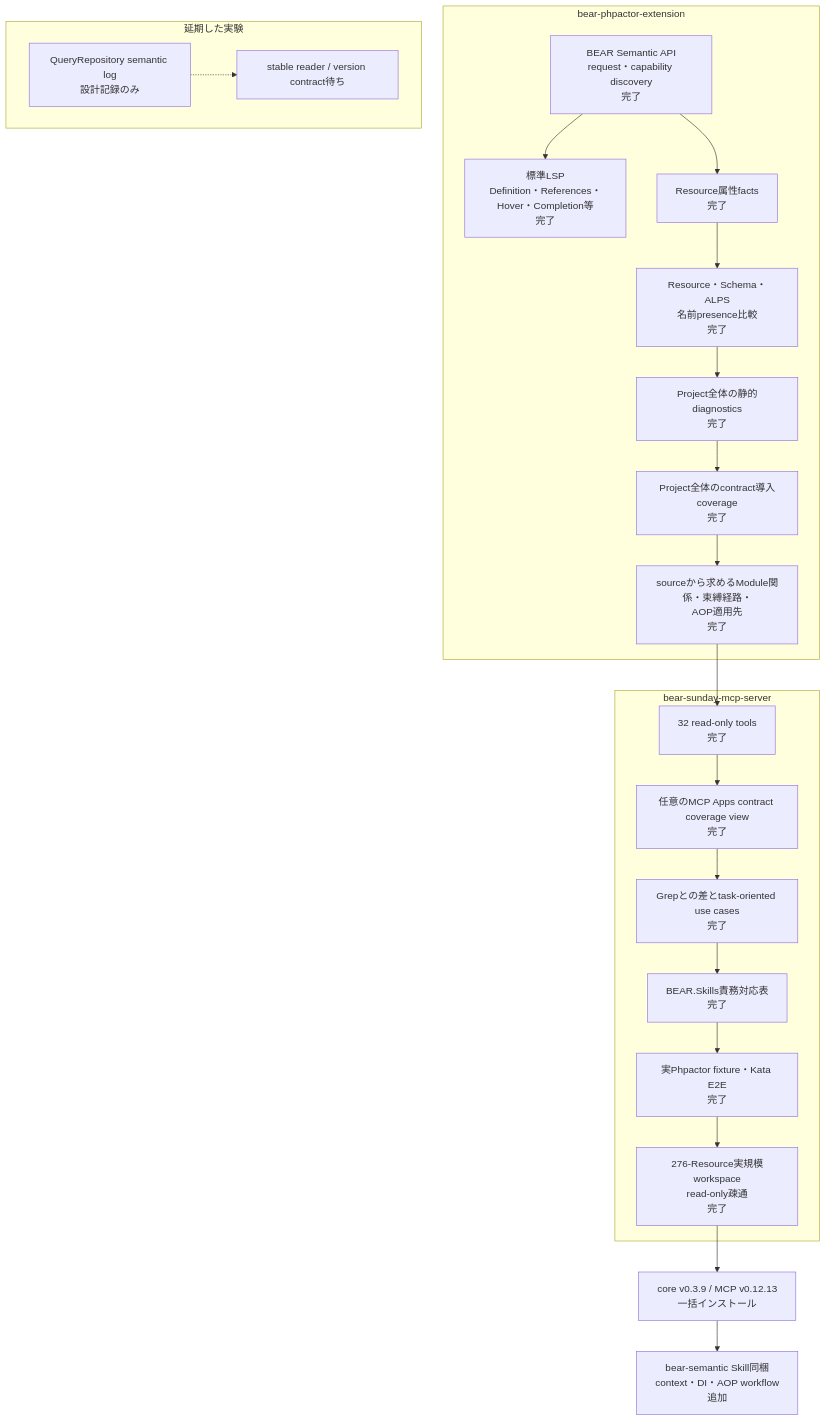
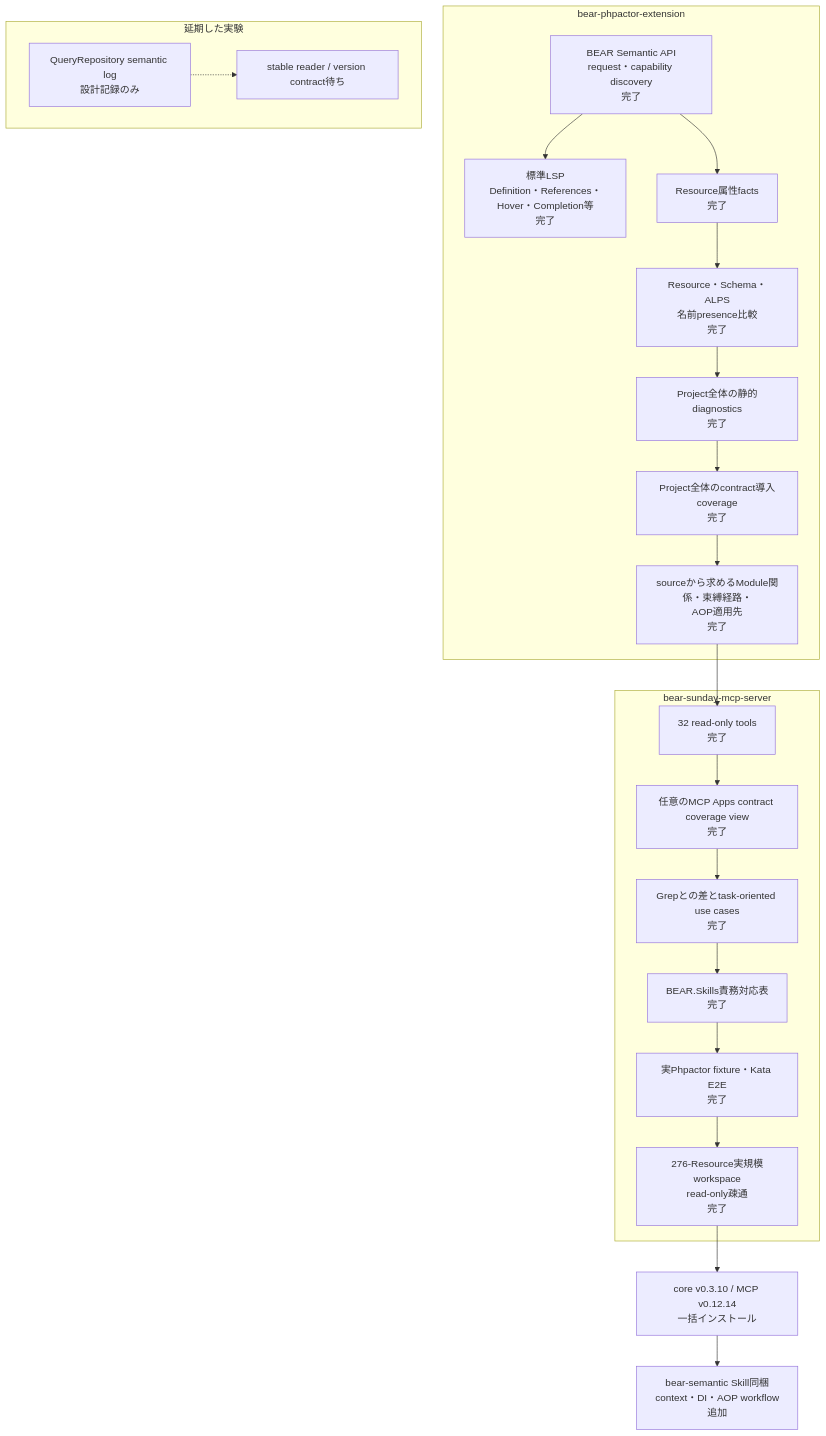
One commit to suzumaze/bear-sunday-mcp-server changed the diagram in docs/project-status.ja.md. Above: the diagram before and after it, drawn with Mermaid. The commit also changed other lines of this file and 7 other files, not shown here.

````diff
--- a/docs/project-status.ja.md
+++ b/docs/project-status.ja.md
@@ -8,35 +8,35 @@
 ```mermaid
 flowchart TB
     subgraph Core["bear-phpactor-extension"]
         C1["BEAR Semantic API<br/>request・capability discovery<br/>完了"]
         C2["標準LSP<br/>Definition・References・Hover・Completion等<br/>完了"]
         C3["Resource属性facts<br/>完了"]
         C4["Resource・Schema・ALPS<br/>名前presence比較<br/>完了"]
         C5["Project全体の静的diagnostics<br/>完了"]
         C6["Project全体のcontract導入coverage<br/>完了"]
         C7["sourceから求めるModule関係・束縛経路・<br/>AOP適用先<br/>完了"]
         C1 --> C2
         C1 --> C3 --> C4 --> C5 --> C6 --> C7
     end
 
     subgraph MCP["bear-sunday-mcp-server"]
         M1["32 read-only tools<br/>完了"]
         M0["任意のMCP Apps contract coverage view<br/>完了"]
         M2["Grepとの差とtask-oriented use cases<br/>完了"]
         M3["BEAR.Skills責務対応表<br/>完了"]
         M4["実Phpactor fixture・Kata E2E<br/>完了"]
         M5["276-Resource実規模workspace<br/>read-only疎通<br/>完了"]
         M1 --> M0 --> M2 --> M3 --> M4 --> M5
     end
 
     C7 --> M1
 
     subgraph Deferred["延期した実験"]
         D1["QueryRepository semantic log<br/>設計記録のみ"]
         D2["stable reader / version contract待ち"]
         D1 -.-> D2
     end
 
-    M5 --> R1["core v0.3.9 / MCP v0.12.13<br/>一括インストール"]
+    M5 --> R1["core v0.3.10 / MCP v0.12.14<br/>一括インストール"]
     R1 --> S1["bear-semantic Skill同梱<br/>context・DI・AOP workflow追加"]
 ```
````
